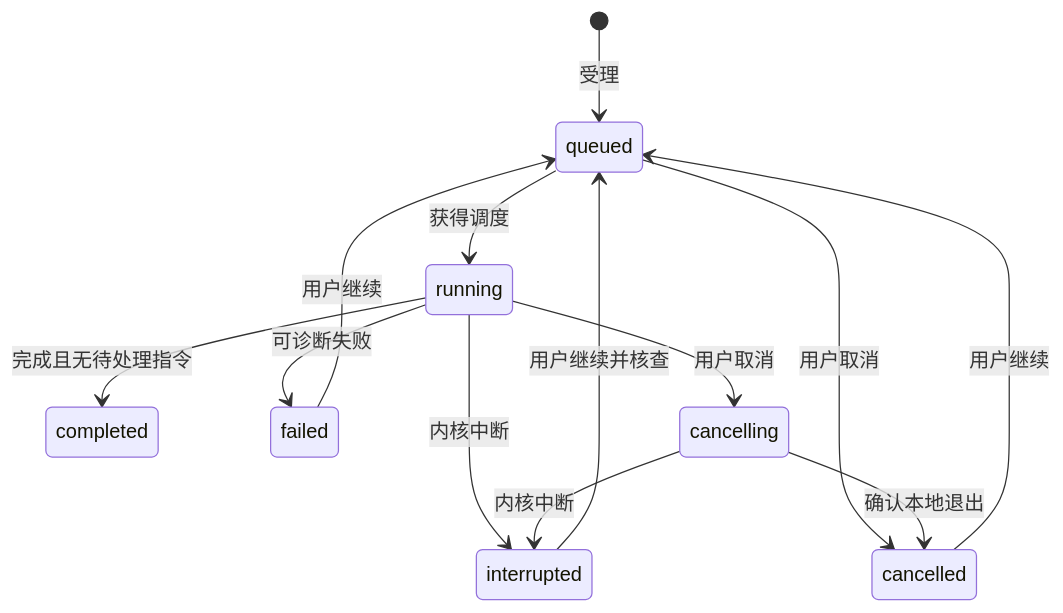
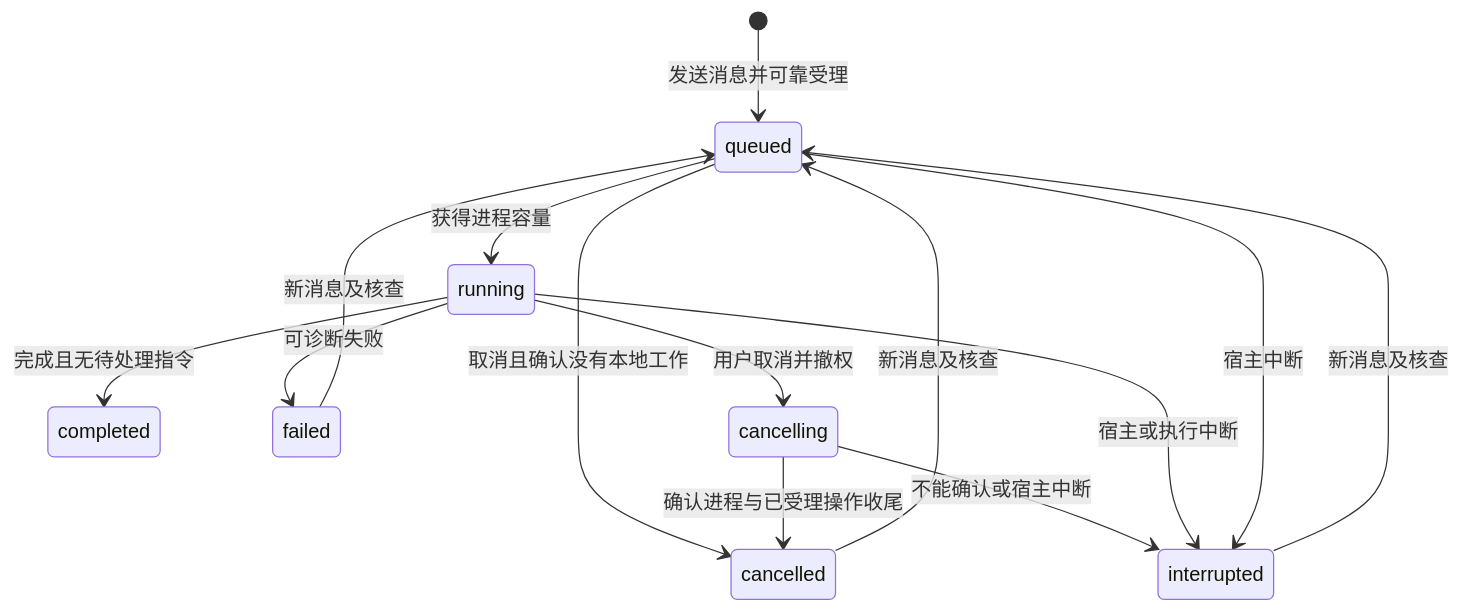
One commit to leike0813/Scholoom changed the second of 4 diagrams in openspec/specs/agent-harness/spec.md. Above: the diagram before and after it, drawn with Mermaid. The commit also changed other lines of this file and 305 other files, not shown here.

Commit message:
refactor: migrate runtime architecture

````diff
--- a/openspec/specs/agent-harness/spec.md
+++ b/openspec/specs/agent-harness/spec.md
@@ -39,15 +59,16 @@
 ```mermaid
 stateDiagram-v2
-  [*] --> queued: 受理
-  queued --> running: 获得调度
+  [*] --> queued: 发送消息并可靠受理
+  queued --> running: 获得进程容量
   running --> completed: 完成且无待处理指令
   running --> failed: 可诊断失败
-  queued --> cancelled: 用户取消
-  running --> cancelling: 用户取消
-  cancelling --> cancelled: 确认本地退出
-  running --> interrupted: 内核中断
-  cancelling --> interrupted: 内核中断
-  interrupted --> queued: 用户继续并核查
-  cancelled --> queued: 用户继续
-  failed --> queued: 用户继续
+  queued --> cancelled: 取消且确认没有本地工作
+  running --> cancelling: 用户取消并撤权
+  cancelling --> cancelled: 确认进程与已受理操作收尾
+  cancelling --> interrupted: 不能确认或宿主中断
+  running --> interrupted: 宿主或执行中断
+  queued --> interrupted: 宿主中断
+  interrupted --> queued: 新消息及核查
+  cancelled --> queued: 新消息及核查
+  failed --> queued: 新消息及核查
 ```
````
